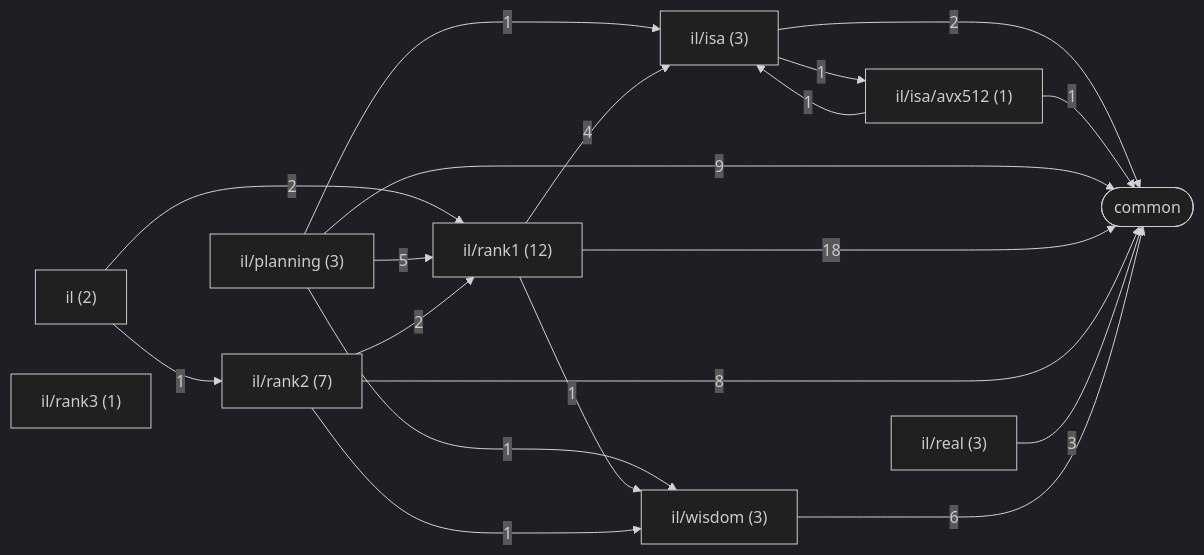
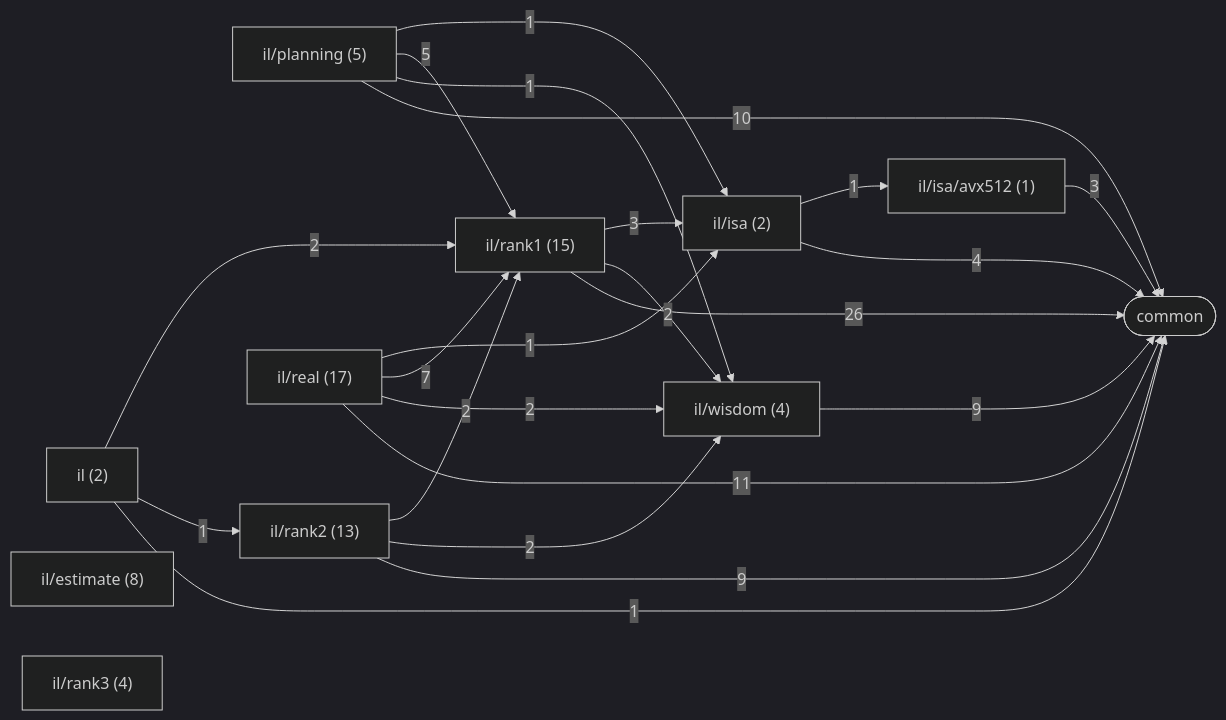
The second of 4 diagrams in docs/architecture/generated/folders.md (Tugbars/VectorFFT), drawn with Mermaid (dark theme) before and after one commit. The commit also changed other lines of this file and 98 other files, not shown here.

Commit message:
regenerated architecture drawings

````diff
--- a/docs/architecture/generated/folders.md
+++ b/docs/architecture/generated/folders.md
@@ -75,31 +30,35 @@
 ```mermaid
 flowchart LR
     n_il["il (2)"]
-    n_il_isa["il/isa (3)"]
+    n_il_estimate["il/estimate (8)"]
+    n_il_isa["il/isa (2)"]
     n_il_isa_avx512["il/isa/avx512 (1)"]
-    n_il_planning["il/planning (3)"]
-    n_il_rank1["il/rank1 (12)"]
-    n_il_rank2["il/rank2 (7)"]
-    n_il_rank3["il/rank3 (1)"]
-    n_il_real["il/real (3)"]
-    n_il_wisdom["il/wisdom (3)"]
+    n_il_planning["il/planning (5)"]
+    n_il_rank1["il/rank1 (15)"]
+    n_il_rank2["il/rank2 (13)"]
+    n_il_rank3["il/rank3 (4)"]
+    n_il_real["il/real (17)"]
+    n_il_wisdom["il/wisdom (4)"]
     n_zone_common(["common"])
     n_il -->|2| n_il_rank1
     n_il -->|1| n_il_rank2
     n_il_isa -->|1| n_il_isa_avx512
-    n_il_isa_avx512 -->|1| n_il_isa
     n_il_planning -->|1| n_il_isa
     n_il_planning -->|5| n_il_rank1
     n_il_planning -->|1| n_il_wisdom
-    n_il_rank1 -->|4| n_il_isa
-    n_il_rank1 -->|1| n_il_wisdom
+    n_il_rank1 -->|3| n_il_isa
+    n_il_rank1 -->|2| n_il_wisdom
     n_il_rank2 -->|2| n_il_rank1
-    n_il_rank2 -->|1| n_il_wisdom
-    n_il_isa -->|2| n_zone_common
-    n_il_isa_avx512 -->|1| n_zone_common
-    n_il_planning -->|9| n_zone_common
-    n_il_rank1 -->|18| n_zone_common
-    n_il_rank2 -->|8| n_zone_common
-    n_il_real -->|3| n_zone_common
-    n_il_wisdom -->|6| n_zone_common
+    n_il_rank2 -->|2| n_il_wisdom
+    n_il_real -->|1| n_il_isa
+    n_il_real -->|7| n_il_rank1
+    n_il_real -->|2| n_il_wisdom
+    n_il -->|1| n_zone_common
+    n_il_isa -->|4| n_zone_common
+    n_il_isa_avx512 -->|3| n_zone_common
+    n_il_planning -->|10| n_zone_common
+    n_il_rank1 -->|26| n_zone_common
+    n_il_rank2 -->|9| n_zone_common
+    n_il_real -->|11| n_zone_common
+    n_il_wisdom -->|9| n_zone_common
 ```
````
